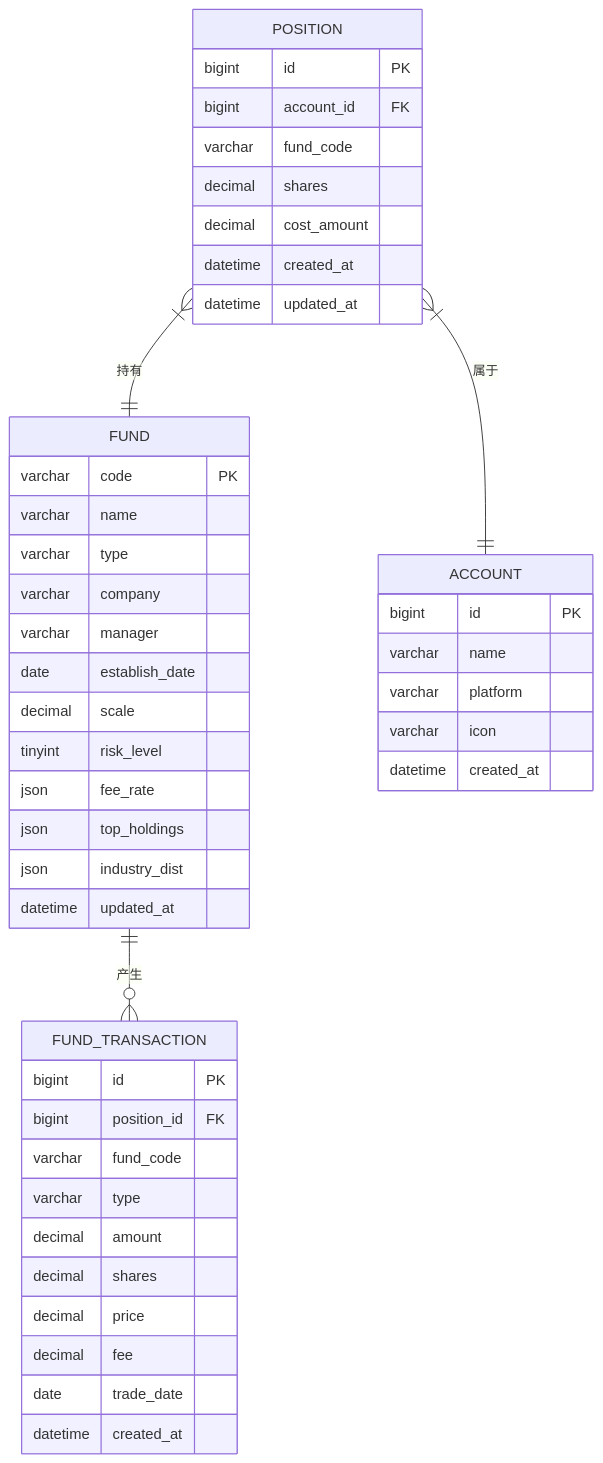
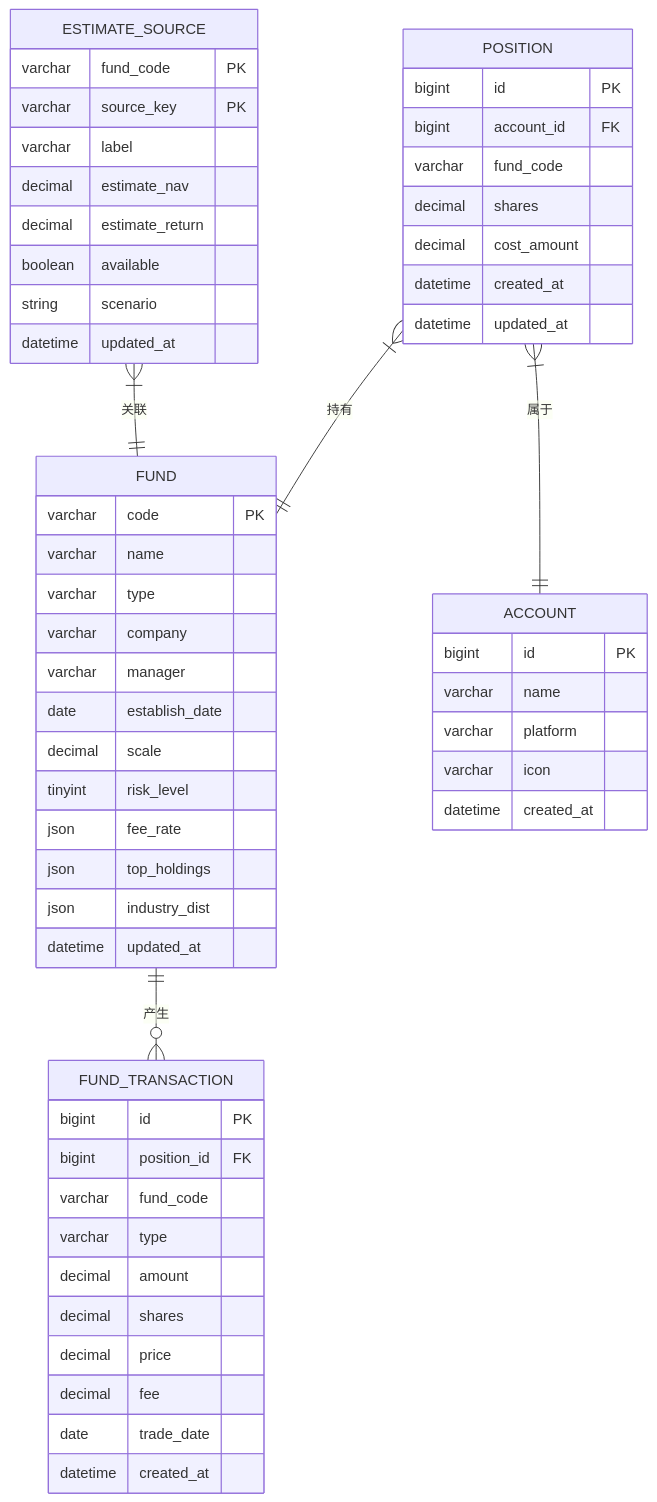
The ninth of 11 diagrams in .qoder/repowiki/zh/content/Dashboard Enhancement.md (gree-coder/fund-butler), drawn with Mermaid before and after one commit. The commit also changed other lines of this file and 23 other files, not shown here.

````diff
--- a/.qoder/repowiki/zh/content/Dashboard Enhancement.md
+++ b/.qoder/repowiki/zh/content/Dashboard Enhancement.md
@@ -357,48 +398,59 @@
 ```mermaid
 erDiagram
 POSITION {
 bigint id PK
 bigint account_id FK
 varchar fund_code
 decimal shares
 decimal cost_amount
 datetime created_at
 datetime updated_at
 }
 FUND {
 varchar code PK
 varchar name
 varchar type
 varchar company
 varchar manager
 date establish_date
 decimal scale
 tinyint risk_level
 json fee_rate
 json top_holdings
 json industry_dist
 datetime updated_at
 }
 ACCOUNT {
 bigint id PK
 varchar name
 varchar platform
 varchar icon
 datetime created_at
 }
 FUND_TRANSACTION {
 bigint id PK
 bigint position_id FK
 varchar fund_code
 varchar type
 decimal amount
 decimal shares
 decimal price
 decimal fee
 date trade_date
 datetime created_at
 }
+ESTIMATE_SOURCE {
+varchar fund_code PK
+varchar source_key PK
+varchar label
+decimal estimate_nav
+decimal estimate_return
+boolean available
+string scenario
+datetime updated_at
+}
 POSITION }|--|| FUND : "持有"
 POSITION }|--|| ACCOUNT : "属于"
 FUND ||--o{ FUND_TRANSACTION : "产生"
+ESTIMATE_SOURCE }|--|| FUND : "关联"
 ```
````
